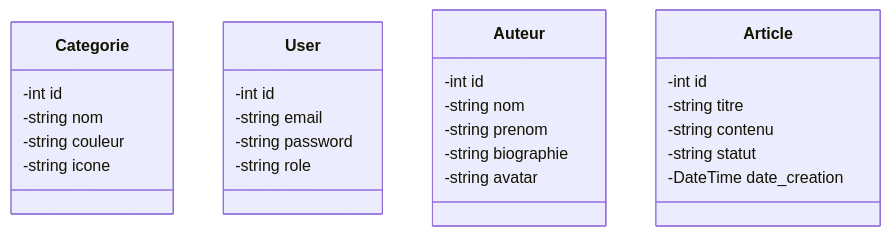
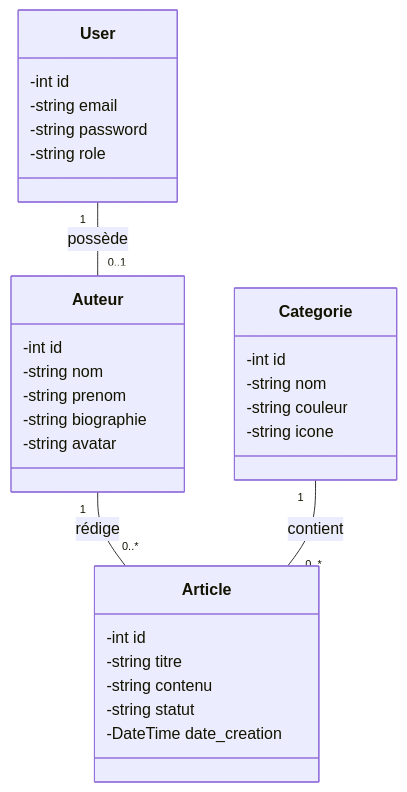
The diagram in Objets/Translate the logical data model into an object model/1 Introduction to Mermaid Class Diagrams/classes.mmd (oumaima-mahfoud-mobile-dev-solicode/Mobile__tutos), drawn with Mermaid before and after one commit.

Commit message:
Update class diagram relationships in classes.mmd

```diff
--- a/Objets/Translate the logical data model into an object model/1 Introduction to Mermaid Class Diagrams/classes.mmd
+++ b/Objets/Translate the logical data model into an object model/1 Introduction to Mermaid Class Diagrams/classes.mmd
@@ -1,30 +1,38 @@
 classDiagram
     class Categorie {
         -int id
         -string nom
         -string couleur
         -string icone
     }
 
 class User {
     -int id
     -string email
     -string password
     -string role
 }
 
 class Auteur {
     -int id
     -string nom
     -string prenom
     -string biographie
     -string avatar
 }
 
 class Article {
     -int id
     -string titre
     -string contenu
     -string statut
     -DateTime date_creation
 }
+
+
+
+
+
+User "1" -- "0..1" Auteur : possède
+Auteur "1" -- "0..*" Article : rédige
+Categorie "1" -- "0..*" Article : contient
```
